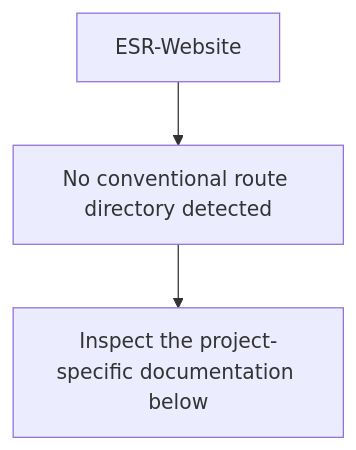
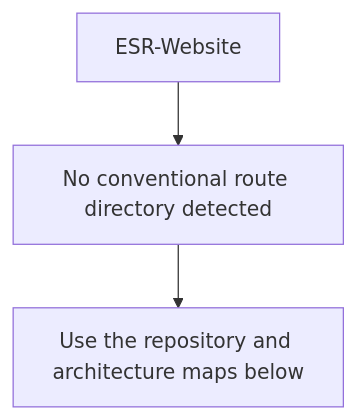
Before and after one commit to Nischhalsubba/ESR-Website: the second of 5 diagrams in README.md, drawn with Mermaid. The commit also changed other lines of this file, not shown here.

````diff
--- a/README.md
+++ b/README.md
@@ -45,6 +75,6 @@
 ```mermaid
 flowchart TD
     APP["ESR-Website"]
     APP --> SOURCE["No conventional route directory detected"]
-    SOURCE --> VERIFY["Inspect the project-specific documentation below"]
+    SOURCE --> GUIDE["Use the repository and architecture maps below"]
 ```
````
